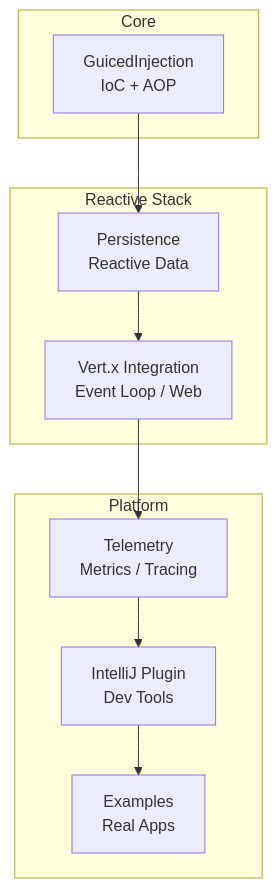
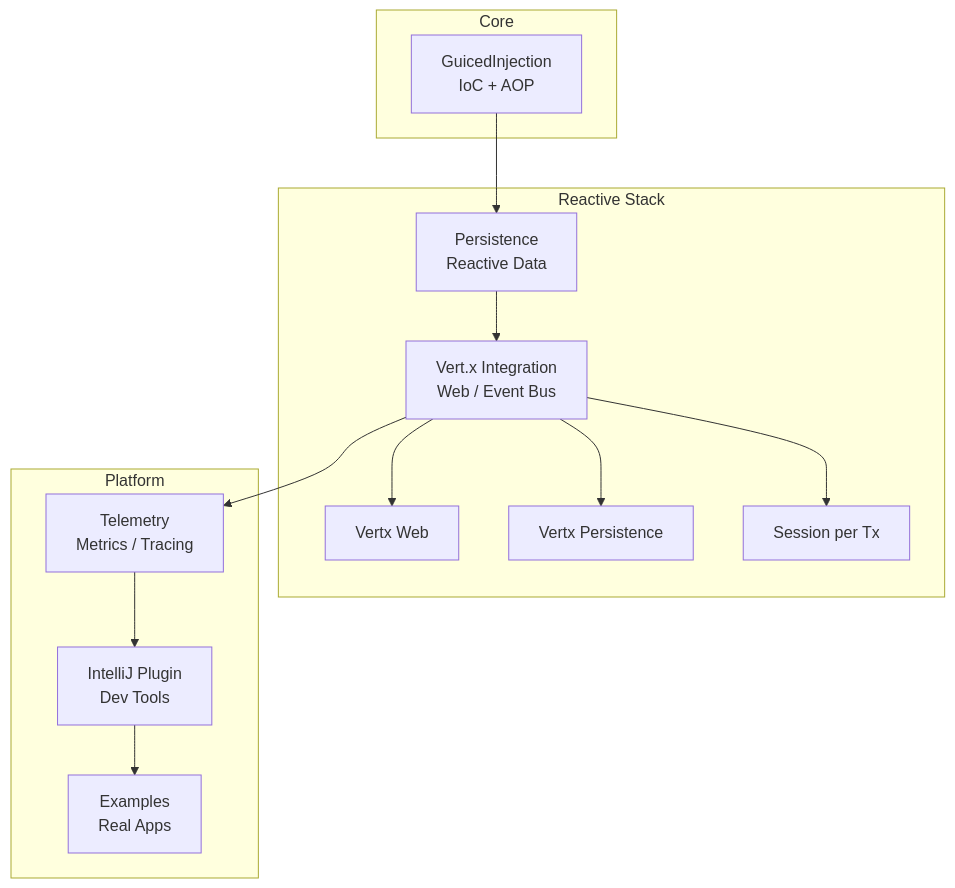
Before and after one commit to GuicedEE/GuicedEE: the diagram in README.md, drawn with Mermaid. The commit also changed other lines of this file, not shown here.

Commit message:
docs: target JDK 25 and Maven ≥3.9.1; expand Vert.x submodules; link ai-rules for IDE AI setup

````diff
--- a/README.md
+++ b/README.md
@@ -84,20 +107,26 @@
 ```mermaid
 graph TD
     A[GuicedInjection<br/>IoC + AOP] --> B[Persistence<br/>Reactive Data]
-    B --> C[Vert.x Integration<br/>Event Loop / Web]
+    B --> C[Vert.x Integration<br/>Web / Event Bus]
+    C --> C1[Vertx Web]
+    C --> C2[Vertx Persistence]
+    C --> C3[Session per Tx]
     C --> D[Telemetry<br/>Metrics / Tracing]
     D --> E[IntelliJ Plugin<br/>Dev Tools]
     E --> F[Examples<br/>Real Apps]
     subgraph Core
       A
     end
     subgraph Reactive Stack
       B
       C
+      C1
+      C2
+      C3
     end
     subgraph Platform
       D
       E
       F
     end
 ```
````
